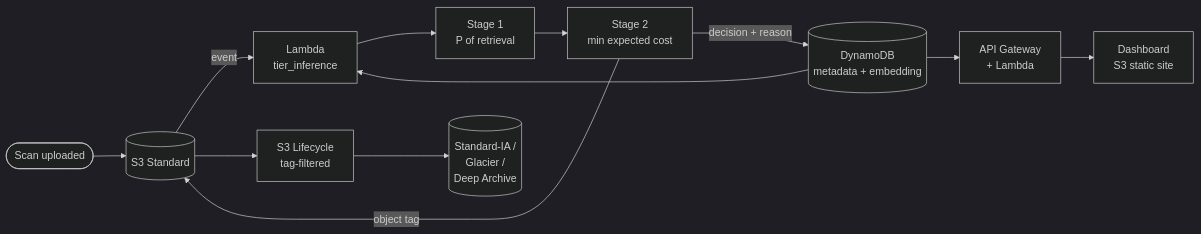
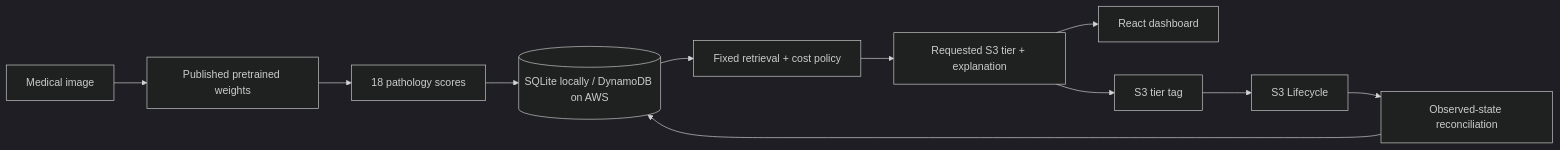
One commit to SUBHRO71/SmartStorageTierRecommenderForMedicalSector_Cloud_Project_2026 changed the diagram in README.md. Above: the diagram before and after it, drawn with Mermaid (dark theme). The commit also changed other lines of this file and 3 other files, not shown here.

Commit message:
docs: record delivered architecture and credential-gated rollout

````diff
--- a/README.md
+++ b/README.md
@@ -60,13 +22,13 @@
 ```mermaid
 flowchart LR
-    UP(["Scan uploaded"]) --> S3S[("S3 Standard")]
-    S3S -->|event| LAM["Lambda<br/>tier_inference"]
-    DDB[("DynamoDB<br/>metadata + embedding")] --> LAM
-    LAM --> P["Stage 1<br/>P of retrieval"]
-    P --> RULE["Stage 2<br/>min expected cost"]
-    RULE -->|object tag| S3S
-    RULE -->|decision + reason| DDB
-    S3S --> LC["S3 Lifecycle<br/>tag-filtered"]
-    LC --> TIERS[("Standard-IA /<br/>Glacier /<br/>Deep Archive")]
-    DDB --> API["API Gateway<br/>+ Lambda"] --> UI["Dashboard<br/>S3 static site"]
+    IMG["Medical image"] --> PRE["Published pretrained weights"]
+    PRE --> FEATURES["18 pathology scores"]
+    FEATURES --> STORE[("SQLite locally / DynamoDB on AWS")]
+    STORE --> ENGINE["Fixed retrieval + cost policy"]
+    ENGINE --> DECISION["Requested S3 tier + explanation"]
+    DECISION --> UI["React dashboard"]
+    DECISION --> TAG["S3 tier tag"]
+    TAG --> LIFE["S3 Lifecycle"]
+    LIFE --> RECON["Observed-state reconciliation"]
+    RECON --> STORE
 ```
````
